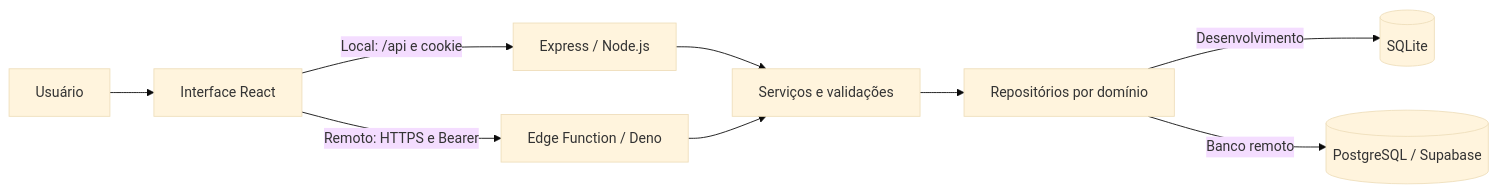
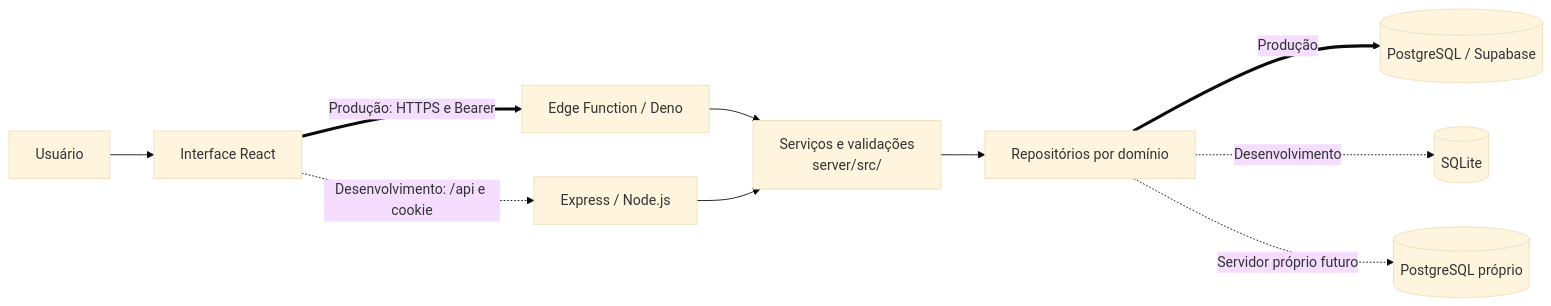
Before and after one commit to yuggo-dev/nextOrganize: the first of 2 diagrams in docs/architecture.md, drawn with Mermaid (base theme). The commit also changed other lines of this file and 9 other files, not shown here.

````diff
--- a/docs/architecture.md
+++ b/docs/architecture.md
@@ -18,11 +21,12 @@
 ```mermaid
 flowchart LR
     U[Usuário] --> F[Interface React]
-    F -->|Local: /api e cookie| E[Express / Node.js]
-    F -->|Remoto: HTTPS e Bearer| D[Edge Function / Deno]
-    E --> S[Serviços e validações]
-    D --> S
+    F ==>|Produção: HTTPS e Bearer| D[Edge Function / Deno]
+    F -.->|Desenvolvimento: /api e cookie| E[Express / Node.js]
+    D --> S[Serviços e validações<br/>server/src/]
+    E --> S
     S --> R[Repositórios por domínio]
-    R -->|Desenvolvimento| L[(SQLite)]
-    R -->|Banco remoto| P[(PostgreSQL / Supabase)]
+    R ==>|Produção| P[(PostgreSQL / Supabase)]
+    R -.->|Desenvolvimento| L[(SQLite)]
+    R -.->|Servidor próprio futuro| P2[(PostgreSQL próprio)]
 ```
````
